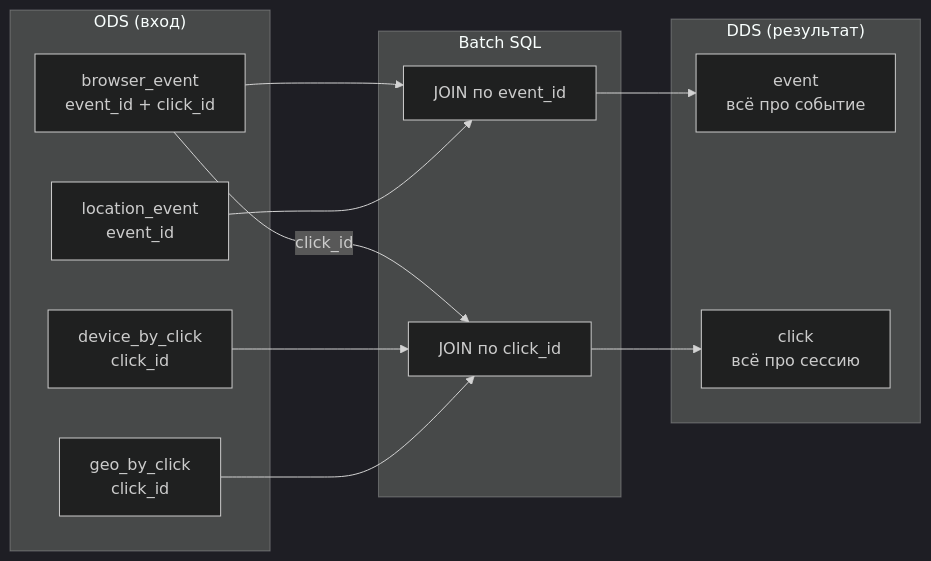
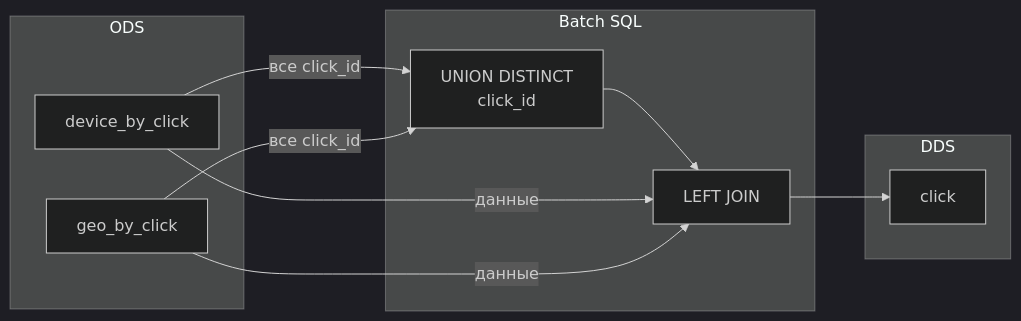
Before and after one commit to dementev-dev/clickstream-ch-kafka-superset-demo: the sixth of 6 diagrams in docs/ARCHITECTURE.md, drawn with Mermaid (dark theme). The commit also changed other lines of this file, not shown here.

First line of the commit message:
docs(architecture): update ODS error handling and DDS partial data support

````diff
--- a/docs/ARCHITECTURE.md
+++ b/docs/ARCHITECTURE.md
@@ -395,25 +473,23 @@
 ```mermaid
 flowchart LR
-    subgraph ODS_IN["ODS (вход)"]
-        B[browser_event<br/>event_id + click_id]
-        L[location_event<br/>event_id]
-        D[device_by_click<br/>click_id]
-        G[geo_by_click<br/>click_id]
+    subgraph ODS["ODS"]
+        D["device_by_click"]
+        G["geo_by_click"]
     end
 
     subgraph BUILD["Batch SQL"]
-        J1["JOIN по event_id"]
-        J2["JOIN по click_id"]
+        U["UNION DISTINCT<br/>click_id"]
+        J["LEFT JOIN"]
     end
 
-    subgraph DDS_OUT["DDS (результат)"]
-        EV[event<br/>всё про событие]
-        CL[click<br/>всё про сессию]
+    subgraph DDS["DDS"]
+        CL["click"]
     end
 
-    B --> J1
-    L --> J1 --> EV
-    B -->|click_id| J2
-    D --> J2 --> CL
-    G --> J2
+    D -->|все click_id| U
+    G -->|все click_id| U
+    U --> J
+    D -->|данные| J
+    G -->|данные| J
+    J --> CL
 ```
````
